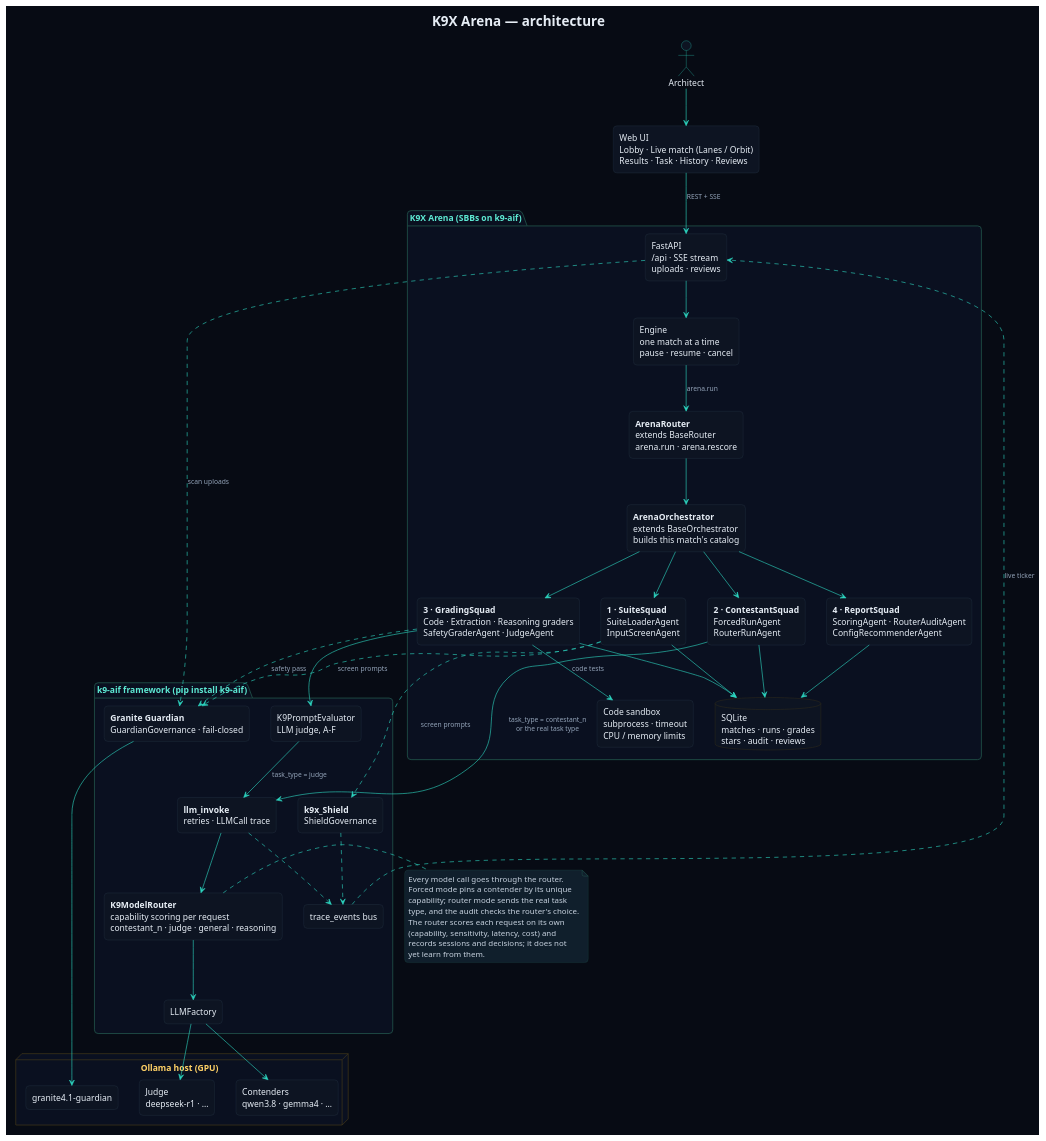
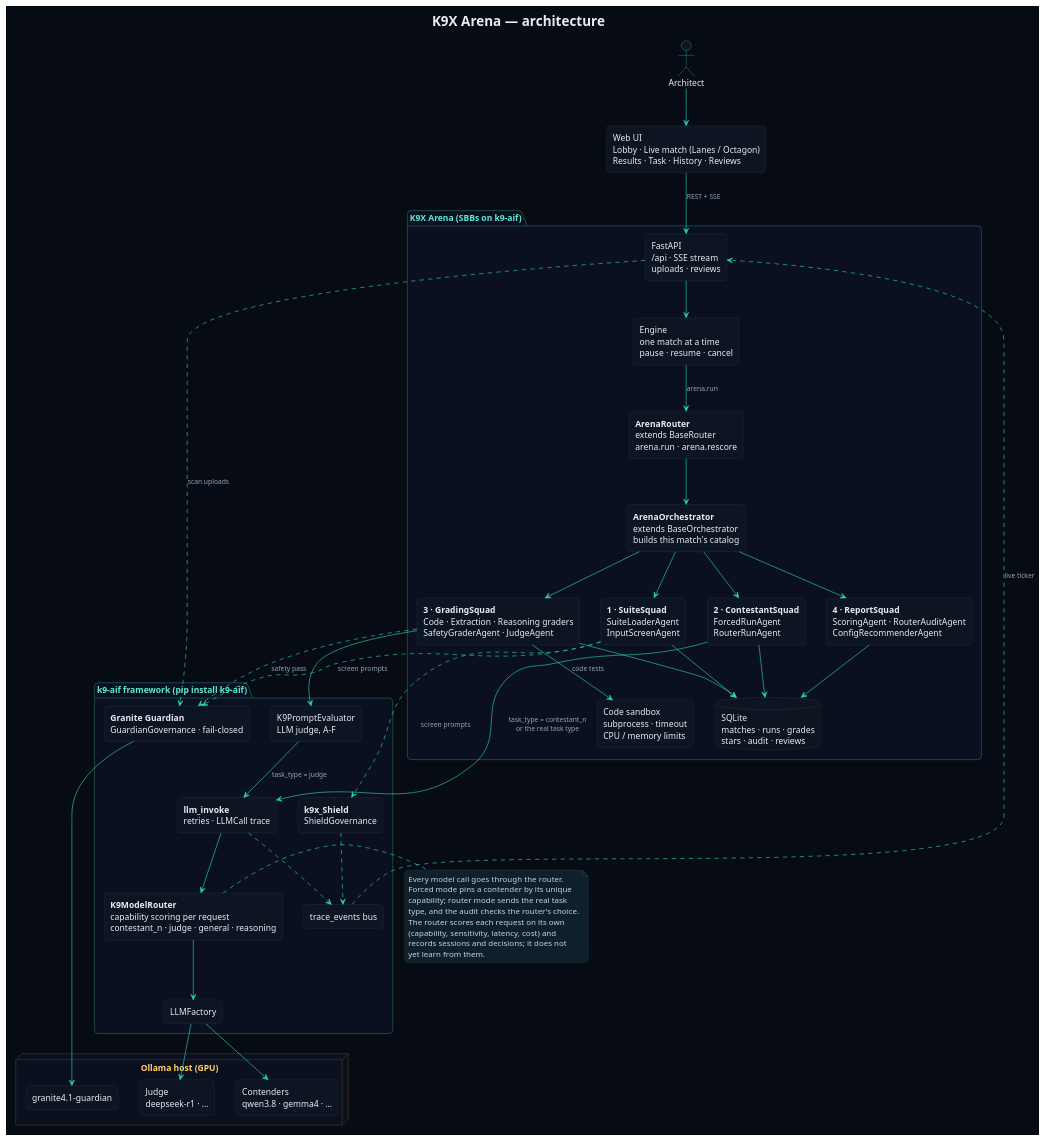
One commit to k9aif/k9x-arena changed the diagram in docs/architecture.puml. Above: the diagram before and after it, drawn with PlantUML. The commit also changed 5 other files, not shown here.

First line of the commit message:
The K9X Octagon replaces the Orbit view

```diff
--- a/docs/architecture.puml
+++ b/docs/architecture.puml
@@ -1,100 +1,100 @@
 @startuml k9x_arena_architecture
 ' K9X Arena — architecture (render: PLANTUML_LIMIT_SIZE=8192 plantuml -tpng docs/architecture.puml)
 skinparam backgroundColor #070b14
 skinparam defaultFontName "IBM Plex Sans"
 skinparam defaultFontColor #e6edf5
 skinparam shadowing false
 skinparam roundCorner 12
 skinparam ArrowColor #2dd4bf
 skinparam ArrowFontColor #93a3b8
 skinparam ArrowFontSize 11
 skinparam packageBorderColor #1f4d45
 skinparam packageFontColor #5eead4
 skinparam packageBackgroundColor #0a1020
 skinparam rectangleBorderColor #2b3d4c
 skinparam rectangleBackgroundColor #0d1422
 skinparam databaseBorderColor #4a3d1a
 skinparam databaseBackgroundColor #0d1422
 skinparam nodeBorderColor #4a3d1a
 skinparam nodeBackgroundColor #0a1020
 skinparam nodeFontColor #ffd166
 skinparam actorBorderColor #2dd4bf
 skinparam actorBackgroundColor #0d1422
 skinparam noteBackgroundColor #101f2c
 skinparam noteBorderColor #1f4d45
 skinparam noteFontColor #c8d3e0
 title <color:#e6edf5><size:22><b>K9X Arena — architecture</b></size></color>
 
 actor "Architect" as user
-rectangle "Web UI\nLobby · Live match (Lanes / Orbit)\nResults · Task · History · Reviews" as ui
+rectangle "Web UI\nLobby · Live match (Lanes / Octagon)\nResults · Task · History · Reviews" as ui
 
 package "K9X Arena (SBBs on k9-aif)" {
   rectangle "FastAPI\n/api · SSE stream\nuploads · reviews" as api
   rectangle "Engine\none match at a time\npause · resume · cancel" as engine
   rectangle "<b>ArenaRouter</b>\nextends BaseRouter\narena.run · arena.rescore" as router
   rectangle "<b>ArenaOrchestrator</b>\nextends BaseOrchestrator\nbuilds this match's catalog" as orch
   rectangle "<b>1 · SuiteSquad</b>\nSuiteLoaderAgent\nInputScreenAgent" as s1
   rectangle "<b>2 · ContestantSquad</b>\nForcedRunAgent\nRouterRunAgent" as s2
   rectangle "<b>3 · GradingSquad</b>\nCode · Extraction · Reasoning graders\nSafetyGraderAgent · JudgeAgent" as s3
   rectangle "<b>4 · ReportSquad</b>\nScoringAgent · RouterAuditAgent\nConfigRecommenderAgent" as s4
   database "SQLite\nmatches · runs · grades\nstars · audit · reviews" as db
   rectangle "Code sandbox\nsubprocess · timeout\nCPU / memory limits" as sandbox
 }
 
 package "k9-aif framework (pip install k9-aif)" {
   rectangle "<b>llm_invoke</b>\nretries · LLMCall trace" as invoke
   rectangle "<b>K9ModelRouter</b>\ncapability scoring per request\ncontestant_n · judge · general · reasoning" as kmr
   rectangle "LLMFactory" as llmf
   rectangle "<b>k9x_Shield</b>\nShieldGovernance" as shield
   rectangle "<b>Granite Guardian</b>\nGuardianGovernance · fail-closed" as guardian
   rectangle "K9PromptEvaluator\nLLM judge, A–F" as evaluator
   rectangle "trace_events bus" as trace
 }
 
 node "Ollama host (GPU)" as ollama {
   rectangle "Contenders\nqwen3.8 · gemma4 · …" as cont
   rectangle "Judge\ndeepseek-r1 · …" as judge
   rectangle "granite4.1-guardian" as gmodel
 }
 
 user --> ui
 ui --> api : REST + SSE
 api --> engine
 engine --> router : arena.run
 router --> orch
 orch --> s1
 orch --> s2
 orch --> s3
 orch --> s4
 s1 ..> shield : screen prompts
 s1 ..> guardian : screen prompts
 api ..> guardian : scan uploads
 s2 --> invoke : task_type = contestant_n\nor the real task type
 s3 --> evaluator
 evaluator --> invoke : task_type = judge
 s3 ..> guardian : safety pass
 s3 --> sandbox : code tests
 invoke --> kmr
 kmr --> llmf
 llmf --> cont
 llmf --> judge
 guardian --> gmodel
 invoke ..> trace
 shield ..> trace
 trace ..> api : live ticker
 s1 --> db
 s2 --> db
 s3 --> db
 s4 --> db
 
 note right of kmr
   Every model call goes through the router.
   Forced mode pins a contender by its unique
   capability; router mode sends the real task
   type, and the audit checks the router's choice.
   The router scores each request on its own
   (capability, sensitivity, latency, cost) and
   records sessions and decisions; it does not
   yet learn from them.
 end note
 @enduml
```
